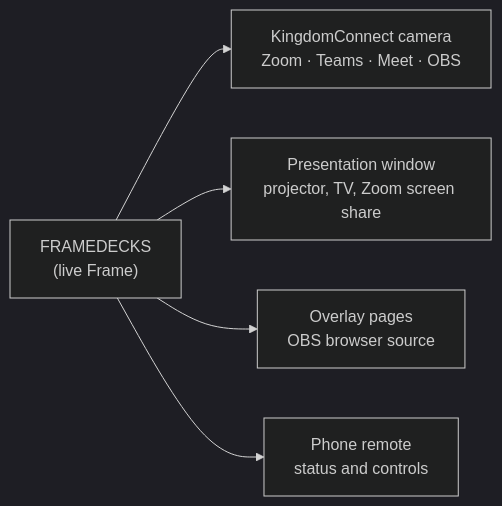
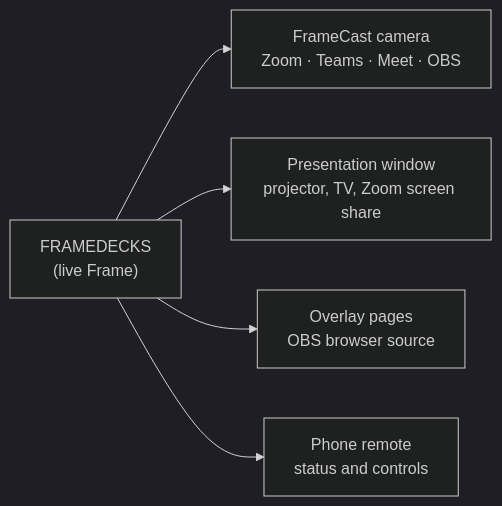
Before and after one commit to mshobin/FrameDecks: the diagram in docs/presentations.md, drawn with Mermaid (dark theme). The commit also changed other lines of this file and 103 other files, not shown here.

````diff
--- a/docs/presentations.md
+++ b/docs/presentations.md
@@ -30,7 +30,7 @@
 ```mermaid
 flowchart LR
-  K["FRAMEDECKS<br/>(live Frame)"] --> CAM["KingdomConnect camera<br/>Zoom · Teams · Meet · OBS"]
+  K["FRAMEDECKS<br/>(live Frame)"] --> CAM["FrameCast camera<br/>Zoom · Teams · Meet · OBS"]
   K --> PW["Presentation window<br/>projector, TV, Zoom screen share"]
   K --> OV["Overlay pages<br/>OBS browser source"]
   K --> PH["Phone remote<br/>status and controls"]
 ```
````
